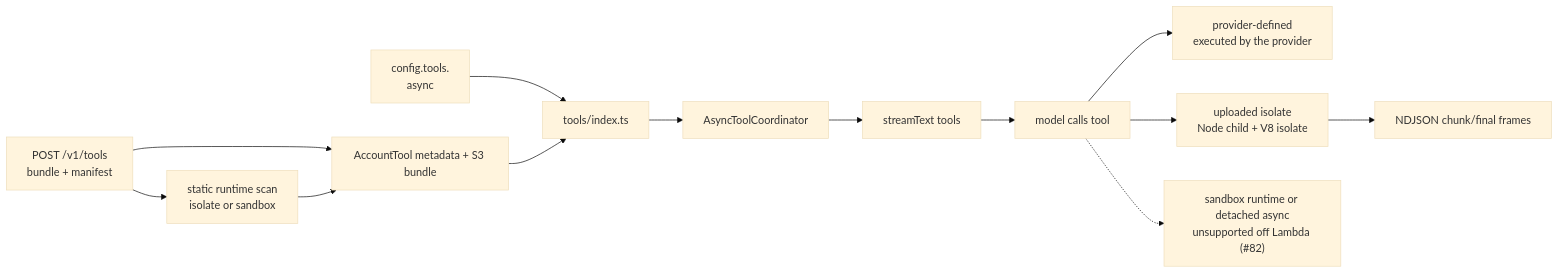
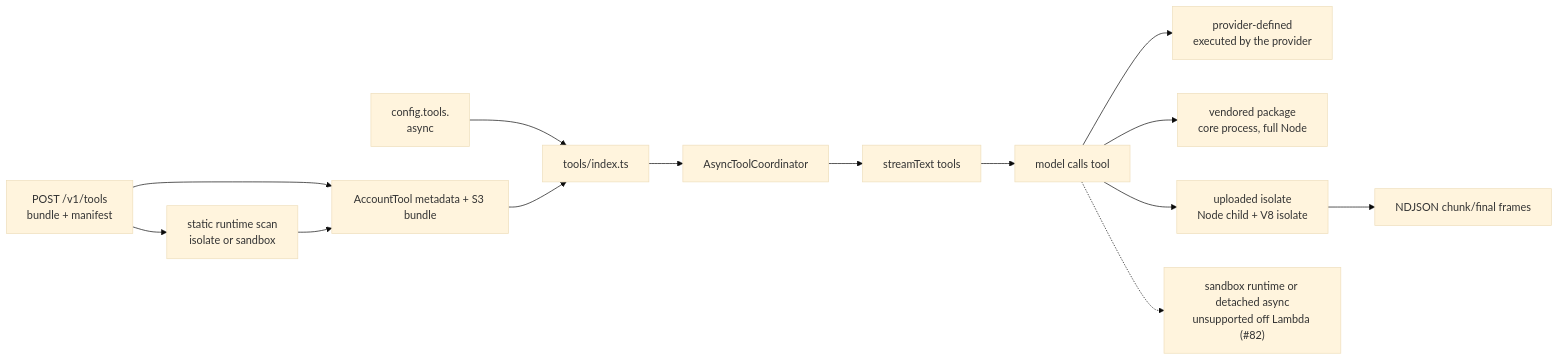
One commit to beeblastco/broods changed the first of 3 diagrams in apps/docs/docs/tools.md. Above: the diagram before and after it, drawn with Mermaid (base theme). The commit also changed other lines of this file and 19 other files, not shown here.

````diff
--- a/apps/docs/docs/tools.md
+++ b/apps/docs/docs/tools.md
@@ -12,15 +15,16 @@
 ```mermaid
 flowchart LR
   Upload["POST /v1/tools<br/>bundle + manifest"] --> Store["AccountTool metadata + S3 bundle"]
   Upload --> Scan["static runtime scan<br/>isolate or sandbox"]
   Scan --> Store
   Config["config.tools.<name or toolId><br/>async"] --> Registry["tools/index.ts"]
   Store --> Registry
   Registry --> Wrap["AsyncToolCoordinator"]
   Wrap --> Model["streamText tools"]
   Model --> Call["model calls tool"]
   Call --> Provider["provider-defined<br/>executed by the provider"]
+  Call --> Vendored["vendored package<br/>core process, full Node"]
   Call --> Uploaded["uploaded isolate<br/>Node child + V8 isolate"]
   Uploaded --> Frames["NDJSON chunk/final frames"]
   Call -.-> Deferred["sandbox runtime or detached async<br/>unsupported off Lambda (#82)"]
 ```
````
